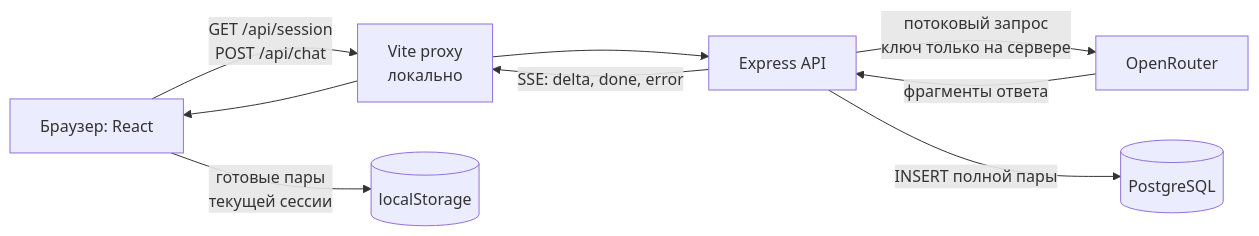
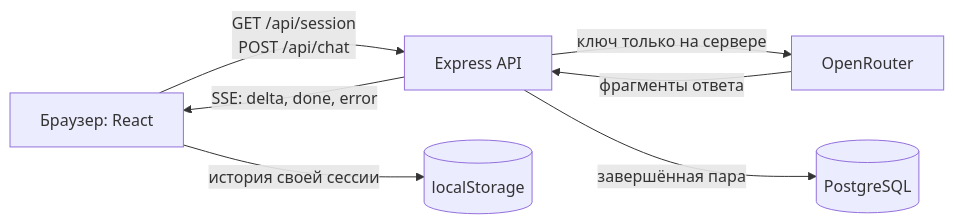
The diagram in README.md (Solio69/ai-gate), drawn with Mermaid before and after one commit. The commit also changed other lines of this file and 4 other files, not shown here.

````diff
--- a/README.md
+++ b/README.md
@@ -16,11 +16,9 @@
 ```mermaid
 flowchart LR
-    U["Браузер: React"] -->|"GET /api/session<br/>POST /api/chat"| V["Vite proxy<br/>локально"]
-    V --> A["Express API"]
-    A -->|"потоковый запрос<br/>ключ только на сервере"| O["OpenRouter"]
+    B["Браузер: React"] -->|"GET /api/session<br/>POST /api/chat"| A["Express API"]
+    A -->|"ключ только на сервере"| O["OpenRouter"]
     O -->|"фрагменты ответа"| A
-    A -->|"INSERT полной пары"| P[("PostgreSQL")]
-    A -->|"SSE: delta, done, error"| V
-    V --> U
-    U -->|"готовые пары<br/>текущей сессии"| L[("localStorage")]
+    A -->|"SSE: delta, done, error"| B
+    A -->|"завершённая пара"| P[("PostgreSQL")]
+    B -->|"история своей сессии"| L[("localStorage")]
 ```
````
